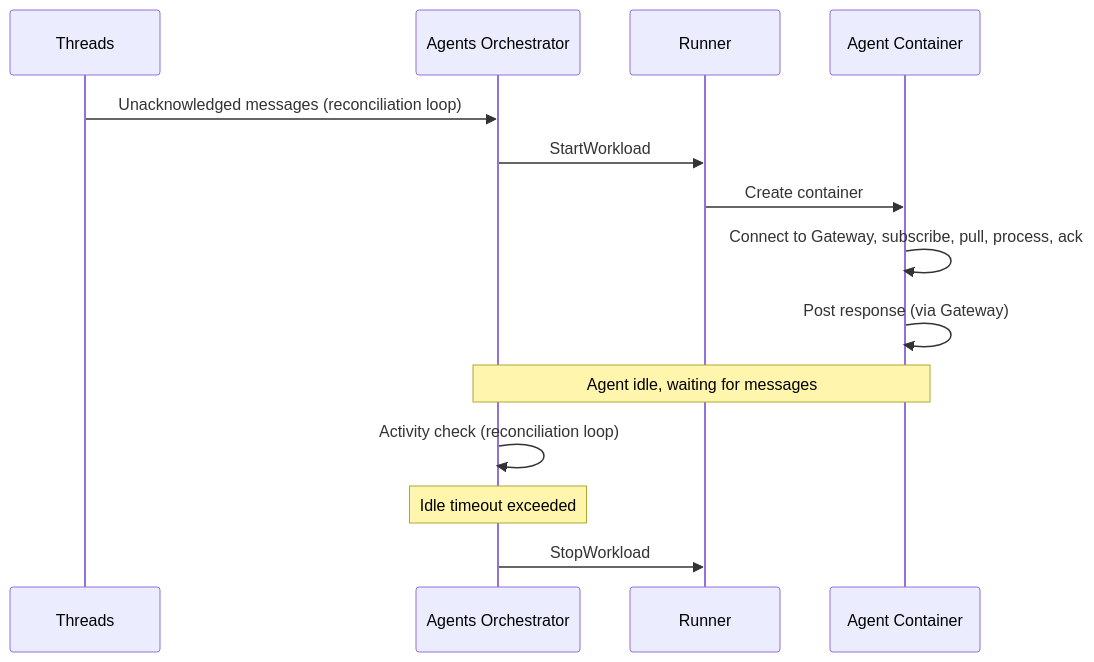
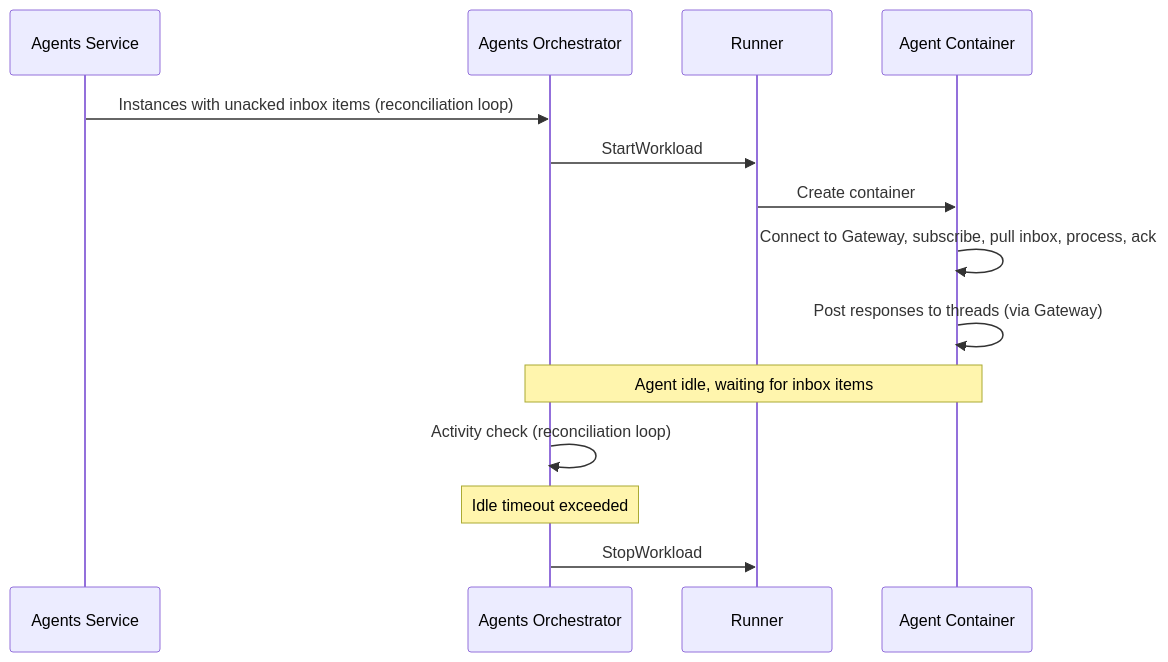
One commit to agynio/architecture changed the fourth of 4 diagrams in architecture/agent/overview.md. Above: the diagram before and after it, drawn with Mermaid. The commit also changed other lines of this file and 17 other files, not shown here.

````diff
--- a/architecture/agent/overview.md
+++ b/architecture/agent/overview.md
@@ -156,18 +156,18 @@
 ```mermaid
 sequenceDiagram
-    participant T as Threads
+    participant AS as Agents Service
     participant O as Agents Orchestrator
     participant R as Runner
     participant A as Agent Container
 
-    T->>O: Unacknowledged messages (reconciliation loop)
+    AS->>O: Instances with unacked inbox items (reconciliation loop)
     O->>R: StartWorkload
     R->>A: Create container
-    A->>A: Connect to Gateway, subscribe, pull, process, ack
-    A->>A: Post response (via Gateway)
+    A->>A: Connect to Gateway, subscribe, pull inbox, process, ack
+    A->>A: Post responses to threads (via Gateway)
 
-    Note over A,O: Agent idle, waiting for messages
+    Note over A,O: Agent idle, waiting for inbox items
     O->>O: Activity check (reconciliation loop)
     Note over O: Idle timeout exceeded
     O->>R: StopWorkload
 ```
````
